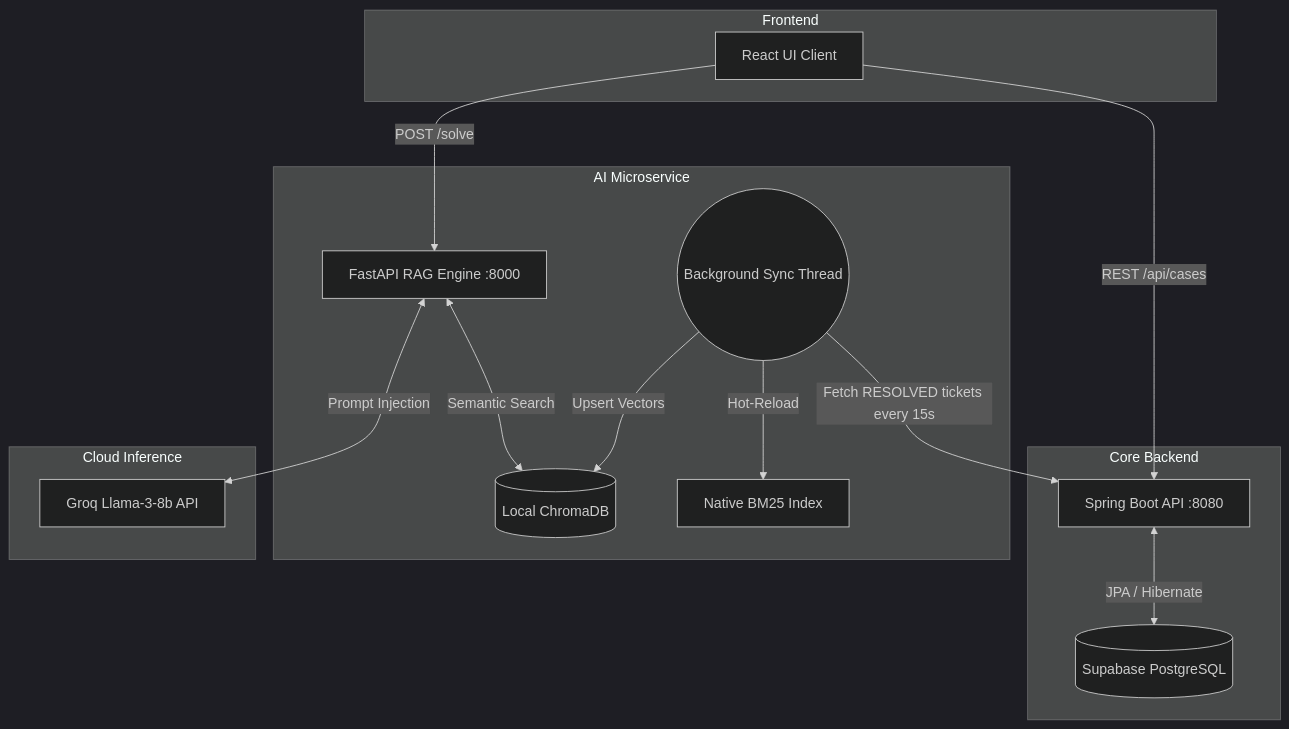
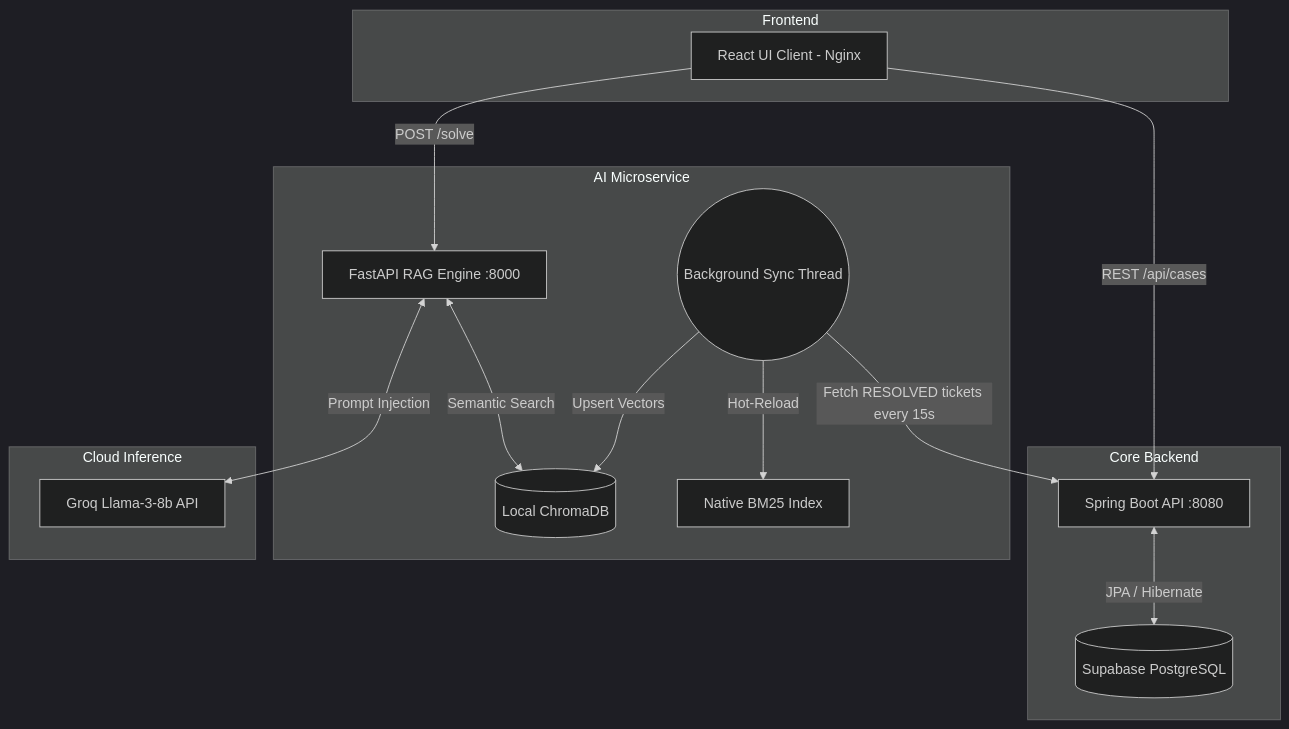
One commit to nishantog77/Resolution-Desk-Enterprise changed the diagram in README.md. Above: the diagram before and after it, drawn with Mermaid (dark theme). The commit also changed other lines of this file and 10 other files, not shown here.

Commit message:
feat: fully containerized 3-tier architecture with Docker and updated enterprise README

````diff
--- a/README.md
+++ b/README.md
@@ -49,33 +50,33 @@
 ```mermaid
 graph TD
     subgraph Frontend
-        React[React UI Client]
+        React[React UI Client - Nginx]
     end
 
     subgraph Core Backend
         Java[Spring Boot API :8080]
         DB[(Supabase PostgreSQL)]
     end
 
     subgraph AI Microservice
         Python[FastAPI RAG Engine :8000]
         Worker((Background Sync Thread))
         Chroma[(Local ChromaDB)]
         BM25[Native BM25 Index]
     end
     
     subgraph Cloud Inference
         Groq[Groq Llama-3-8b API]
     end
 
     React -->|REST /api/cases| Java
     Java <-->|JPA / Hibernate| DB
     React -->|POST /solve| Python
     
     Worker -->|Fetch RESOLVED tickets every 15s| Java
     Worker -->|Upsert Vectors| Chroma
     Worker -->|Hot-Reload| BM25
     
     Python <-->|Semantic Search| Chroma
     Python <-->|Prompt Injection| Groq
 ```
````
